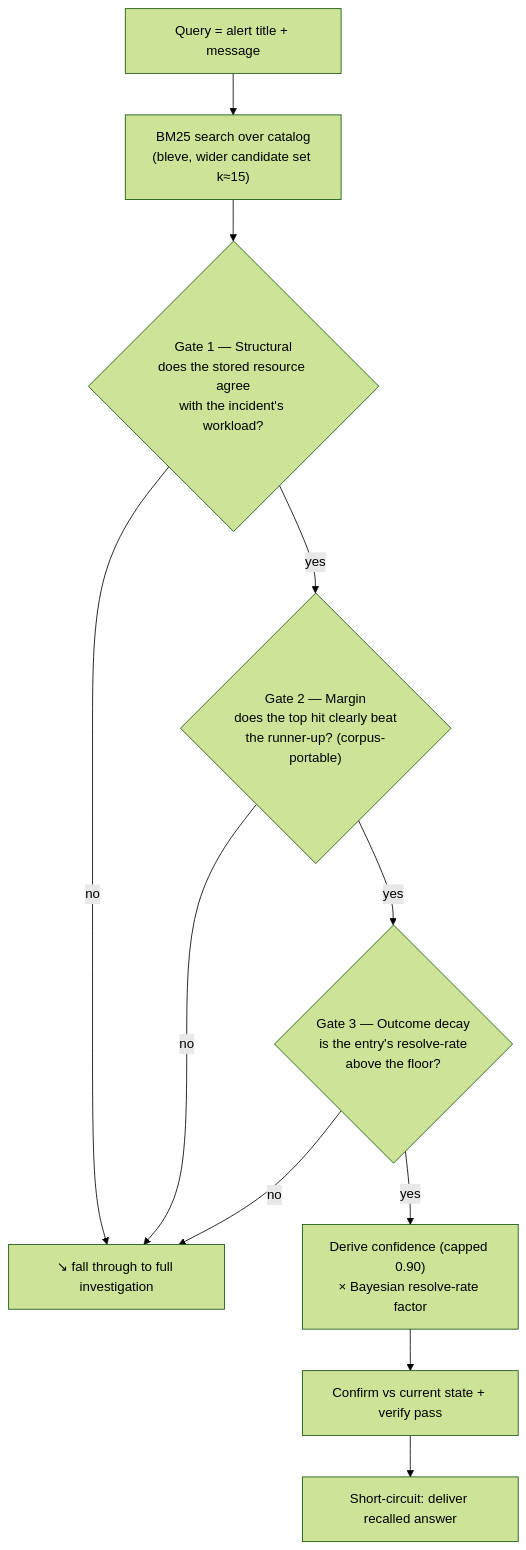
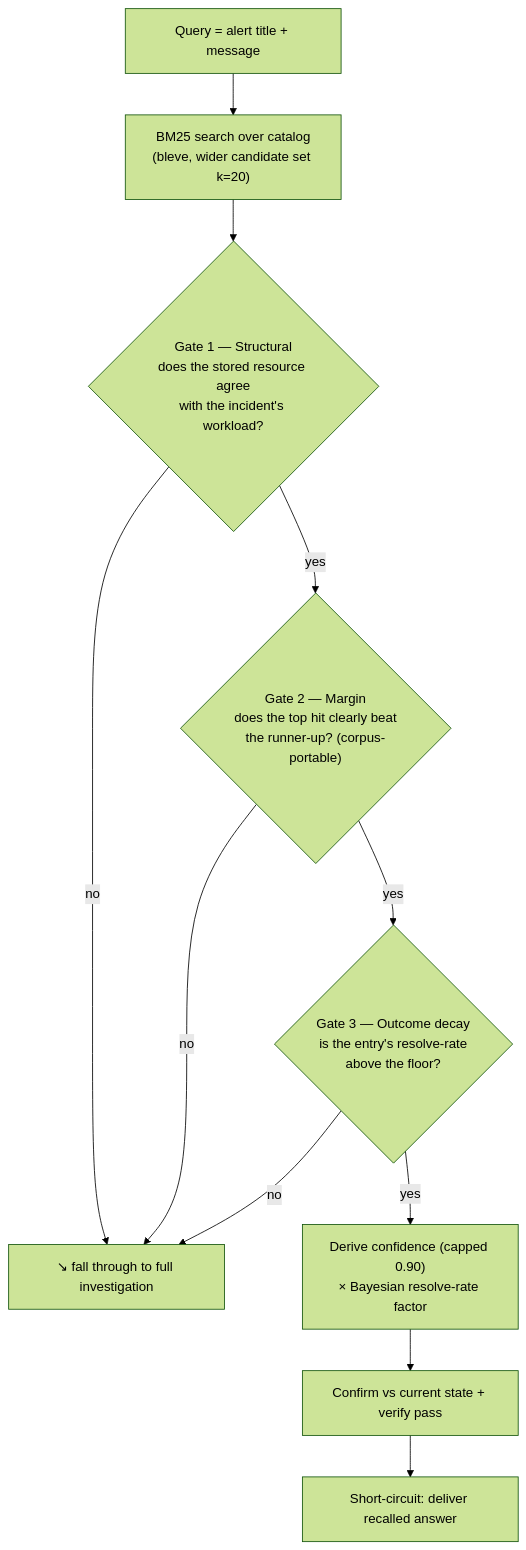
One commit to Smana/runlore changed the third of 6 diagrams in docs/learning-loop.md. Above: the diagram before and after it, drawn with Mermaid (forest theme). The commit also changed other lines of this file, not shown here.

````diff
--- a/docs/learning-loop.md
+++ b/docs/learning-loop.md
@@ -107,13 +108,13 @@
 ```mermaid
 flowchart TD
-    Q["Query = alert title + message"] --> S["BM25 search over catalog<br/>(bleve, wider candidate set k≈15)"]
+    Q["Query = alert title + message"] --> S["BM25 search over catalog<br/>(bleve, wider candidate set k=20)"]
     S --> G1{"Gate 1 — Structural<br/>does the stored resource agree<br/>with the incident's workload?"}
     G1 -- no --> FALL["↘ fall through to full investigation"]
     G1 -- yes --> G2{"Gate 2 — Margin<br/>does the top hit clearly beat<br/>the runner-up? (corpus-portable)"}
     G2 -- no --> FALL
     G2 -- yes --> G3{"Gate 3 — Outcome decay<br/>is the entry's resolve-rate<br/>above the floor?"}
     G3 -- no --> FALL
     G3 -- yes --> CONF["Derive confidence (capped 0.90)<br/>× Bayesian resolve-rate factor"]
     CONF --> CHK["Confirm vs current state + verify pass"]
     CHK --> SHORT["Short-circuit: deliver recalled answer"]
 ```
````
